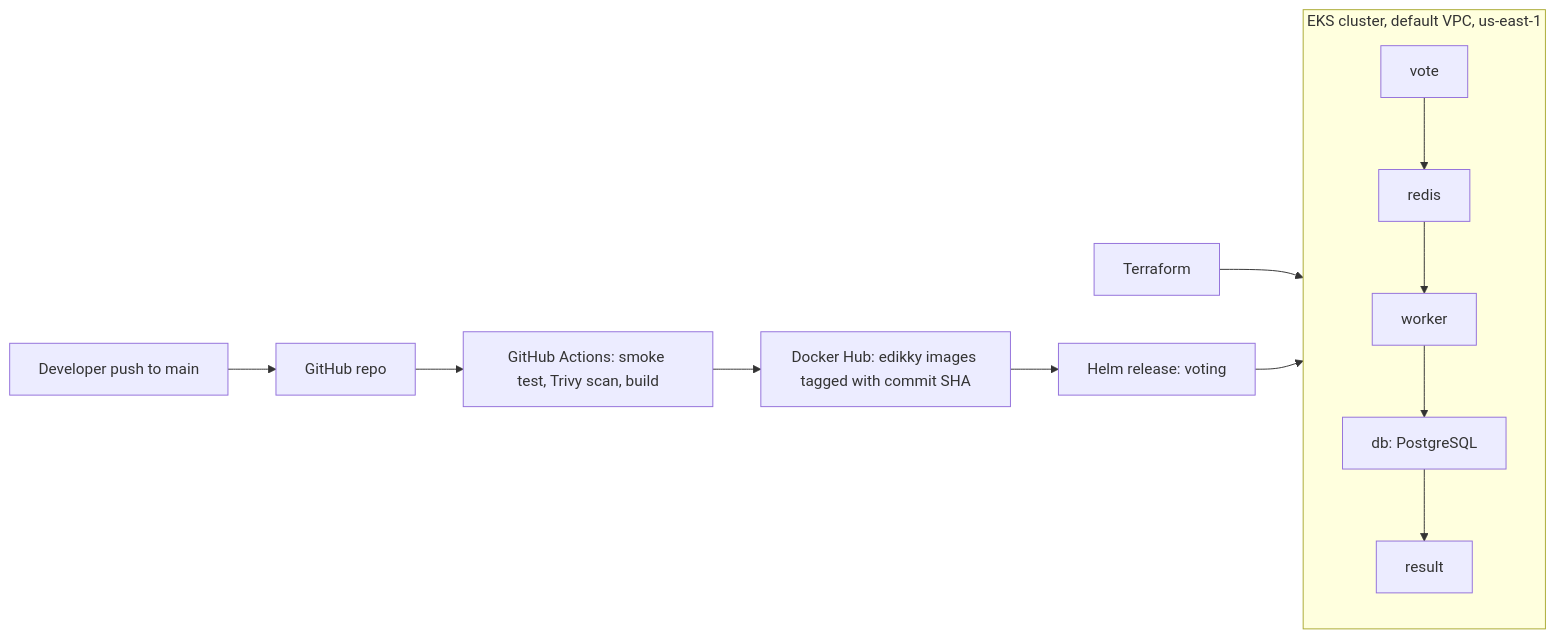
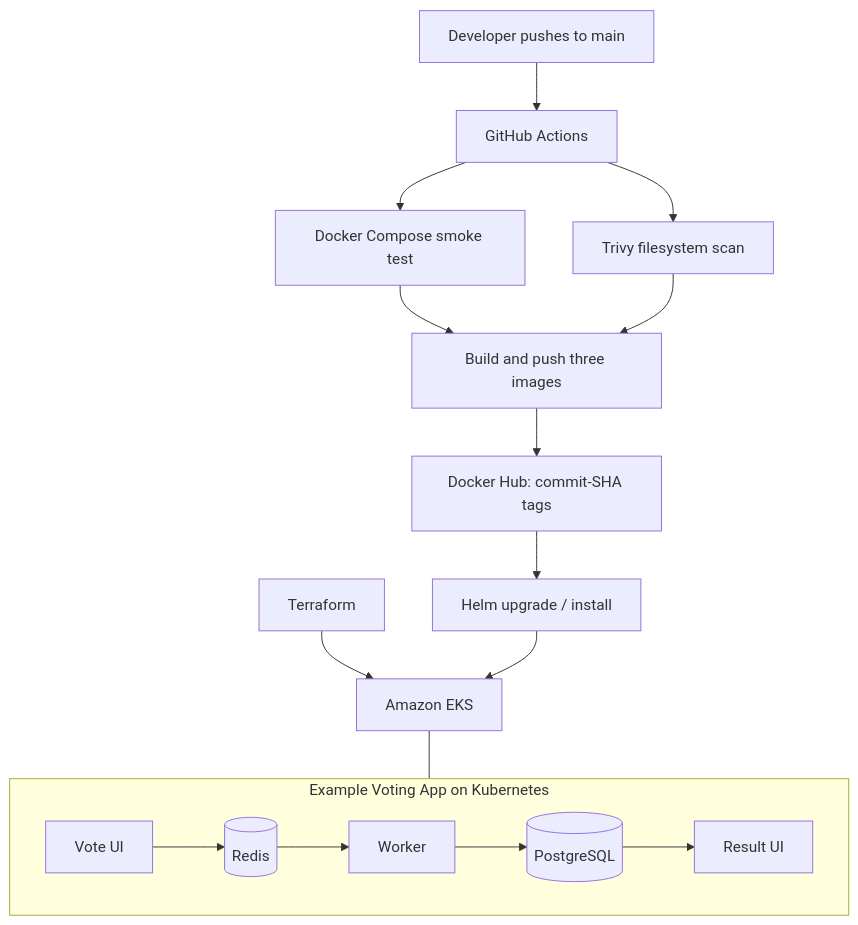
Before and after one commit to edikky/voting-app: the diagram in README.md, drawn with Mermaid. The commit also changed other lines of this file, not shown here.

````diff
--- a/README.md
+++ b/README.md
@@ -9,15 +23,19 @@
 ```mermaid
-flowchart LR
-    Dev["Developer push to main"] --> GH["GitHub repo"]
-    GH --> CI["GitHub Actions: smoke test, Trivy scan, build"]
-    CI --> DH["Docker Hub: edikky images tagged with commit SHA"]
-    TF["Terraform"] --> EKS
-    DH --> HELM["Helm release: voting"]
-    HELM --> EKS
-    subgraph EKS["EKS cluster, default VPC, us-east-1"]
-        V["vote"] --> R["redis"]
-        R --> W["worker"]
-        W --> DB["db: PostgreSQL"]
-        DB --> RES["result"]
+flowchart TD
+    Dev[Developer pushes to main] --> GA[GitHub Actions]
+    GA --> Test[Docker Compose smoke test]
+    GA --> Scan[Trivy filesystem scan]
+    Test --> Build[Build and push three images]
+    Scan --> Build
+    Build --> Hub[Docker Hub: commit-SHA tags]
+    Hub --> Deploy[Helm upgrade / install]
+    TF[Terraform] --> EKS[Amazon EKS]
+    Deploy --> EKS
+    subgraph App[Example Voting App on Kubernetes]
+        Vote[Vote UI] --> Redis[(Redis)]
+        Redis --> Worker[Worker]
+        Worker --> PG[(PostgreSQL)]
+        PG --> Result[Result UI]
     end
+    EKS --- App
 ```
````
